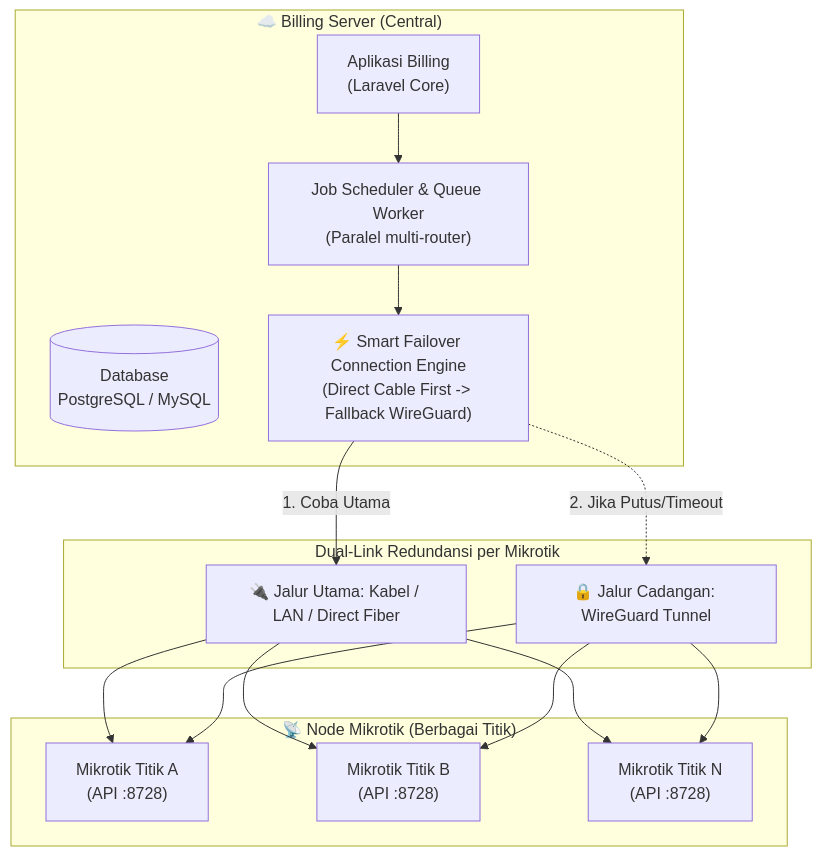
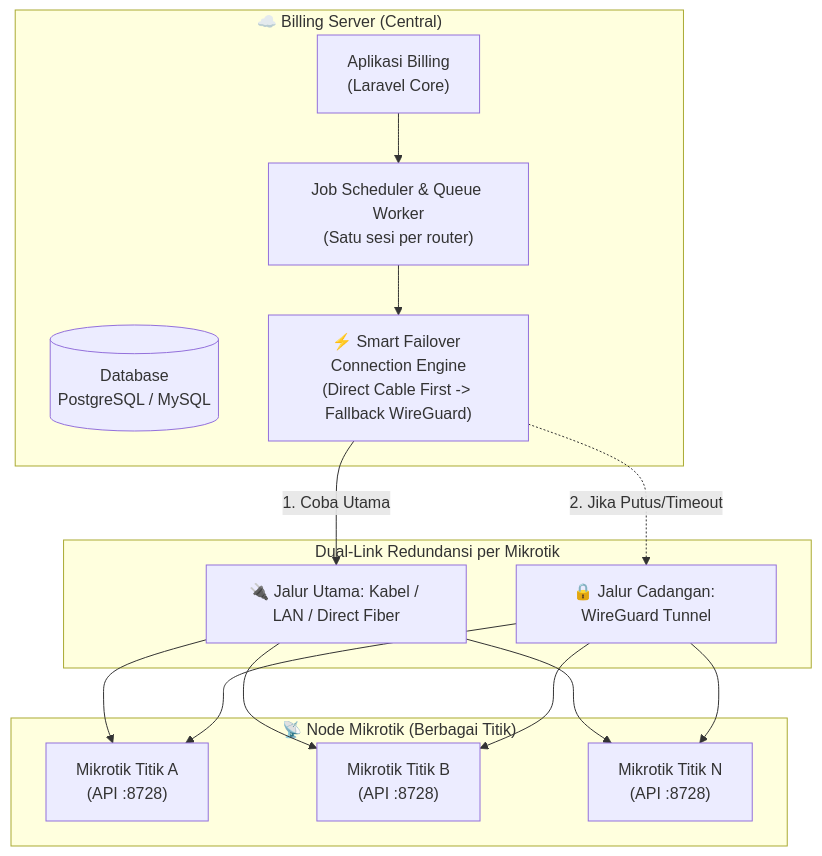
One commit to revroger007/billing-isp-v2 changed the first of 16 diagrams in docs/cara-kerja.md. Above: the diagram before and after it, drawn with Mermaid. The commit also changed other lines of this file and 3 other files, not shown here.

````diff
--- a/docs/cara-kerja.md
+++ b/docs/cara-kerja.md
@@ -12,26 +12,26 @@
 ```mermaid
 flowchart TD
     subgraph SERVER["☁️ Billing Server (Central)"]
         APP["Aplikasi Billing\n(Laravel Core)"]
         DB[("Database\nPostgreSQL / MySQL")]
-        SCHEDULER["Job Scheduler & Queue Worker\n(Paralel multi-router)"]
+        SCHEDULER["Job Scheduler & Queue Worker\n(Satu sesi per router)"]
         FAILOVER_ROUTER["⚡ Smart Failover Connection Engine\n(Direct Cable First -> Fallback WireGuard)"]
     end
 
     subgraph JALUR_KONEKSI["Dual-Link Redundansi per Mikrotik"]
         CABLE["🔌 Jalur Utama: Kabel / LAN / Direct Fiber"]
         WG["🔒 Jalur Cadangan: WireGuard Tunnel"]
     end
 
     subgraph MIKROTIK_NODES["📡 Node Mikrotik (Berbagai Titik)"]
         MK1["Mikrotik Titik A\n(API :8728)"]
         MK2["Mikrotik Titik B\n(API :8728)"]
         MKN["Mikrotik Titik N\n(API :8728)"]
     end
 
     APP --> SCHEDULER --> FAILOVER_ROUTER
     FAILOVER_ROUTER -->|"1. Coba Utama"| CABLE
     FAILOVER_ROUTER -.->|"2. Jika Putus/Timeout"| WG
     CABLE --> MK1 & MK2 & MKN
     WG --> MK1 & MK2 & MKN
 ```
````
